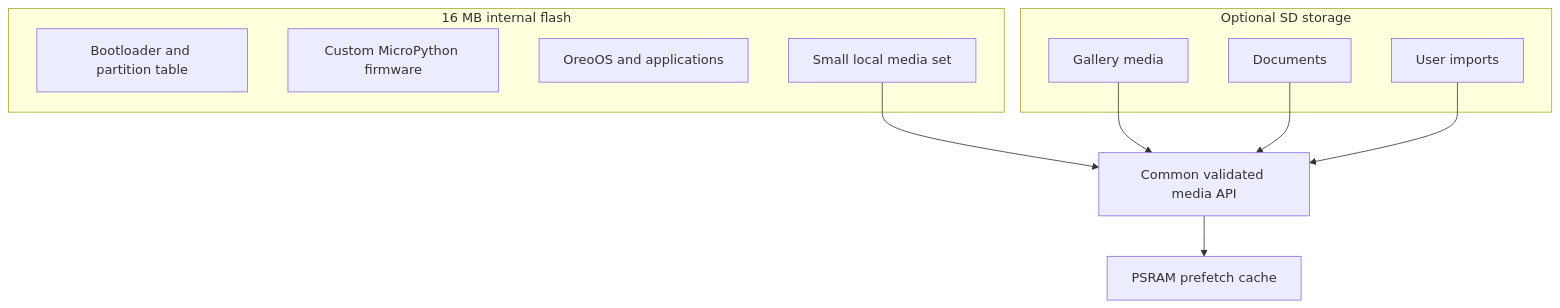
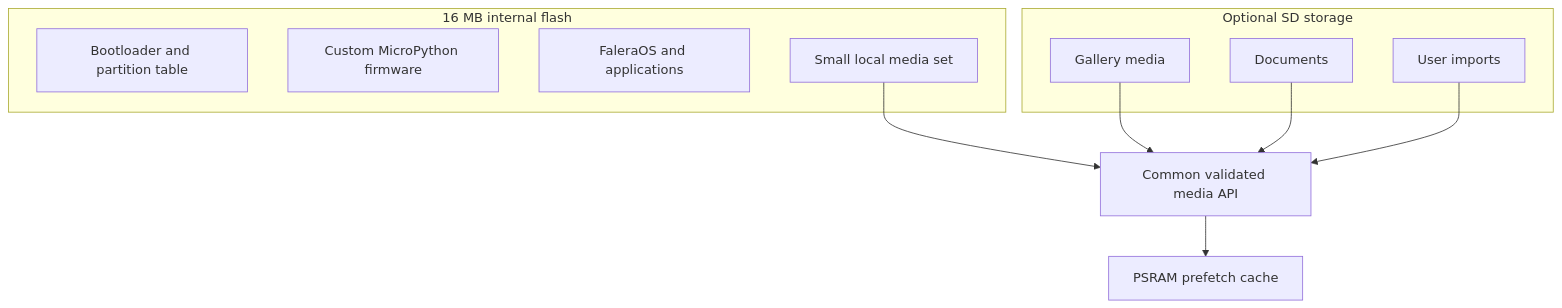
Before and after one commit to elixpo/rv565: the tenth of 10 diagrams in docs/KNOWLEDGE_DECK.md, drawn with Mermaid. The commit also changed other lines of this file and 16 other files, not shown here.

First line of the commit message:
Docs: OreoOS is now FaleraOS, the badge is the Falera Badge (#51)

````diff
--- a/docs/KNOWLEDGE_DECK.md
+++ b/docs/KNOWLEDGE_DECK.md
@@ -451,21 +451,21 @@
 ```mermaid
 flowchart TB
     subgraph Internal[16 MB internal flash]
         A[Bootloader and partition table]
         B[Custom MicroPython firmware]
-        C[OreoOS and applications]
+        C[FaleraOS and applications]
         D[Small local media set]
     end
 
     subgraph External[Optional SD storage]
         E[Gallery media]
         F[Documents]
         G[User imports]
     end
 
     D --> H[Common validated media API]
     E --> H
     F --> H
     G --> H
     H --> I[PSRAM prefetch cache]
 ```
````
